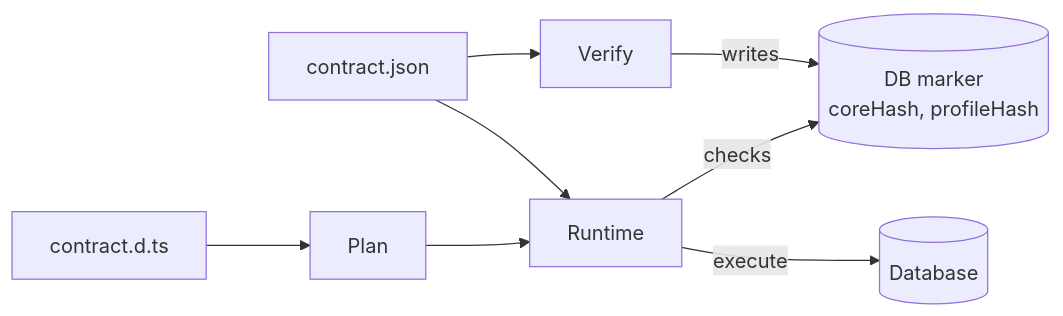
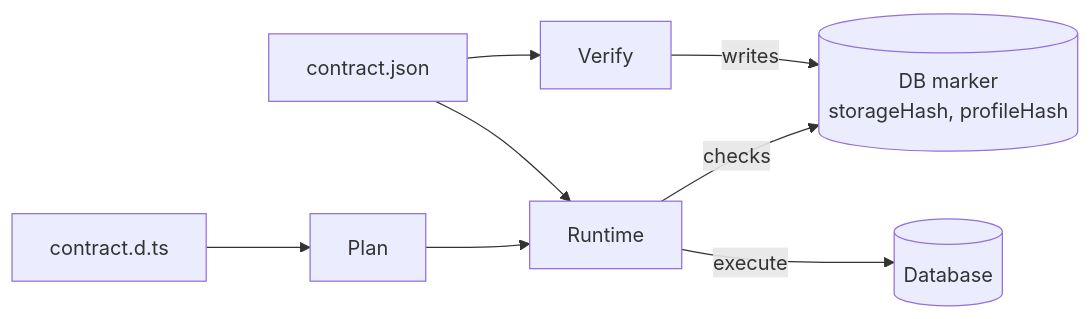
Before and after one commit to prisma/prisma-next: the diagram in docs/architecture docs/subsystems/1. Data Contract.md, drawn with Mermaid. The commit also changed other lines of this file and 262 other files, not shown here.

````diff
--- a/docs/architecture docs/subsystems/1. Data Contract.md
+++ b/docs/architecture docs/subsystems/1. Data Contract.md
@@ -17,19 +19,19 @@
 ```mermaid
 flowchart LR
   C[contract.json]
   D[contract.d.ts]
   V[Verify]
   M[(DB marker
-  coreHash, profileHash)]
+  storageHash, profileHash)]
   Q[Plan]
   R[Runtime]
   DB[(Database)]
 
   C --> V
   V -->|writes| M
   D --> Q
   C --> R
   Q --> R
   R -->|checks| M
   R -->|execute| DB
 ```
````
